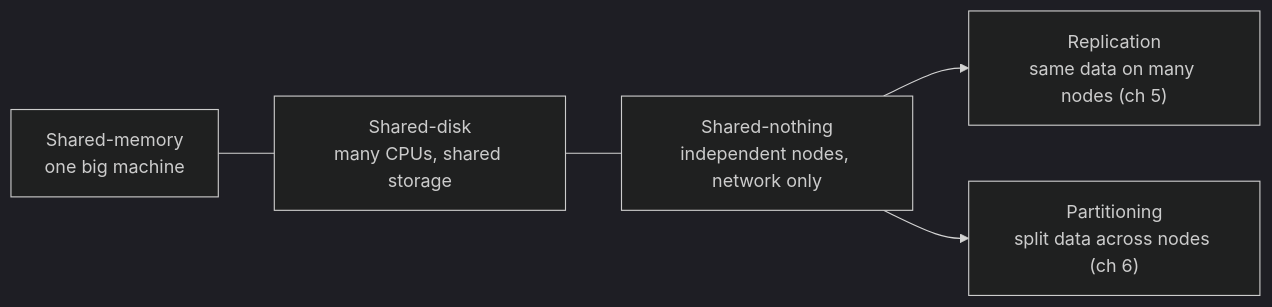
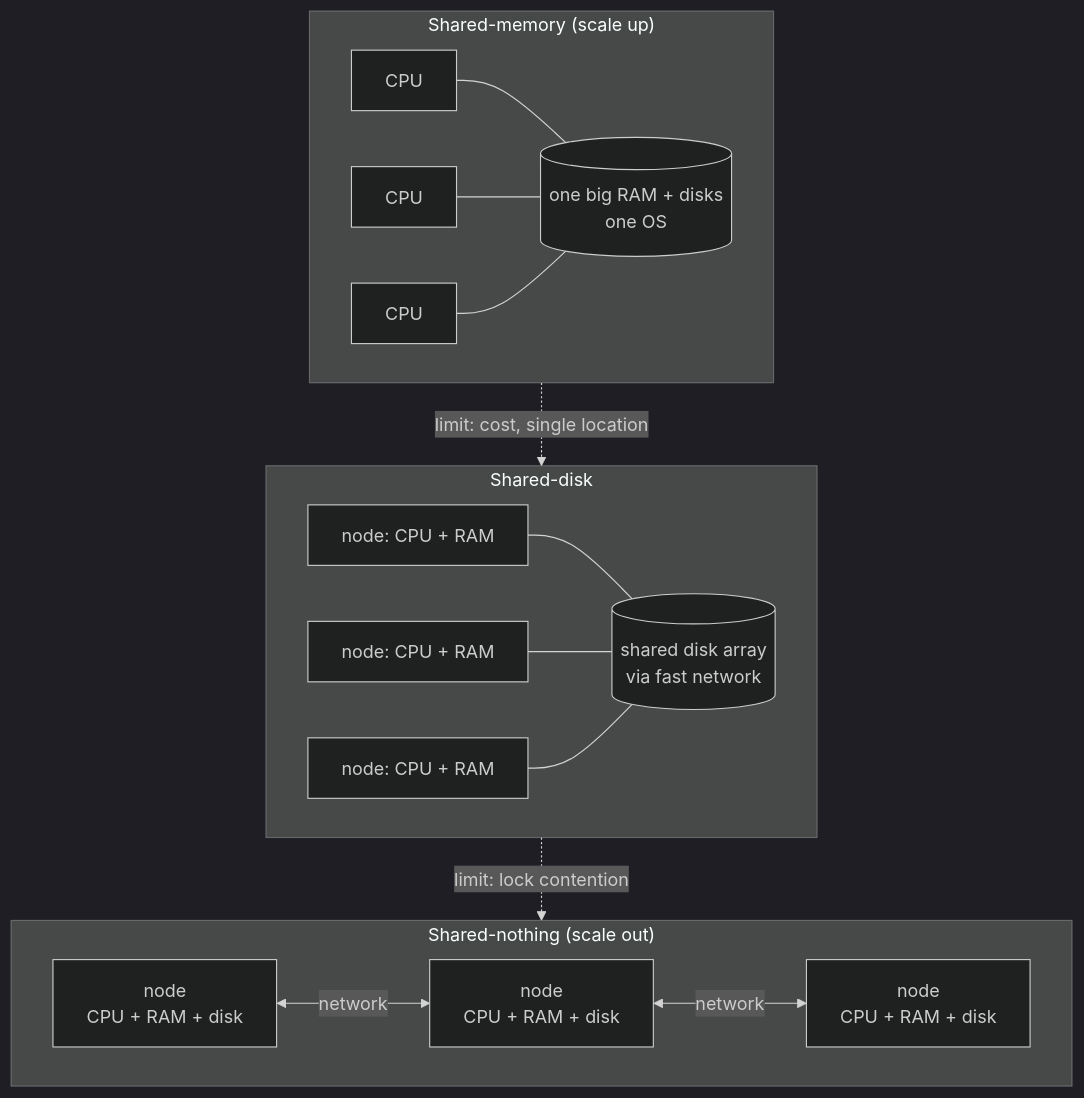
The first of 35 diagrams in docs/chapters/part-2/05-replication.mdx (pratikguru998/ddia-book), drawn with Mermaid (dark theme) before and after one commit. The commit also changed other lines of this file and 13 other files, not shown here.

Commit message:
Expand all 12 chapters: every book subsection, deeper notes, ~320 diagrams

````diff
--- a/docs/chapters/part-2/05-replication.mdx
+++ b/docs/chapters/part-2/05-replication.mdx
@@ -24,6 +39,22 @@
 ```mermaid
-flowchart LR
-  SU["Shared-memory<br/>one big machine"] --- SD["Shared-disk<br/>many CPUs, shared storage"] --- SN["Shared-nothing<br/>independent nodes, network only"]
-  SN --> R["Replication<br/>same data on many nodes (ch 5)"]
-  SN --> P["Partitioning<br/>split data across nodes (ch 6)"]
+flowchart TB
+  subgraph SM["Shared-memory (scale up)"]
+    direction LR
+    C1["CPU"] --- MEM[("one big RAM + disks<br/>one OS")]
+    C2["CPU"] --- MEM
+    C3["CPU"] --- MEM
+  end
+  subgraph SD["Shared-disk"]
+    direction LR
+    N1["node: CPU + RAM"] --- DISK[("shared disk array<br/>via fast network")]
+    N2["node: CPU + RAM"] --- DISK
+    N3["node: CPU + RAM"] --- DISK
+  end
+  subgraph SN["Shared-nothing (scale out)"]
+    direction LR
+    M1["node<br/>CPU + RAM + disk"] <-->|"network"| M2["node<br/>CPU + RAM + disk"]
+    M2 <-->|"network"| M3["node<br/>CPU + RAM + disk"]
+  end
+  SM -.->|"limit: cost, single location"| SD
+  SD -.->|"limit: lock contention"| SN
 ```
````
